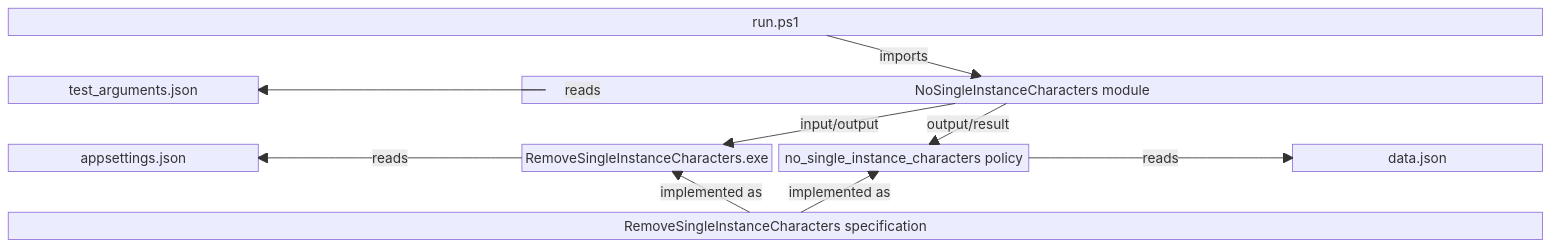
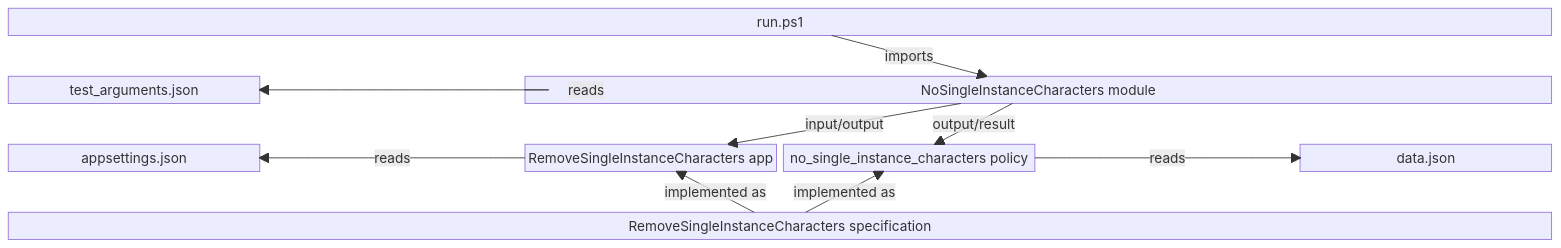
One commit to SignalRichard/dotnet-console-interview-example changed the diagram in README.md. Above: the diagram before and after it, drawn with Mermaid.

````diff
--- a/README.md
+++ b/README.md
@@ -54,19 +54,19 @@
 ```mermaid
 block-beta
 columns 6
   script["run.ps1"]:6
   space:6
   args["test_arguments.json"] space module["NoSingleInstanceCharacters module"]:4
   space:6
-  appsettings["appsettings.json"] space app["RemoveSingleInstanceCharacters.exe"] opa["no_single_instance_characters policy"] space data["data.json"]
+  appsettings["appsettings.json"] space app["RemoveSingleInstanceCharacters app"] opa["no_single_instance_characters policy"] space data["data.json"]
   space:6
   spec["RemoveSingleInstanceCharacters specification"]:6
   script-- "imports" -->module
   module-- "reads" -->args
   module-- "input/output" -->app
   module-- "output/result" -->opa
   app-- "reads" -->appsettings
   opa-- "reads" -->data
   spec-- "implemented as" -->app
   spec-- "implemented as" -->opa
 ```
````
